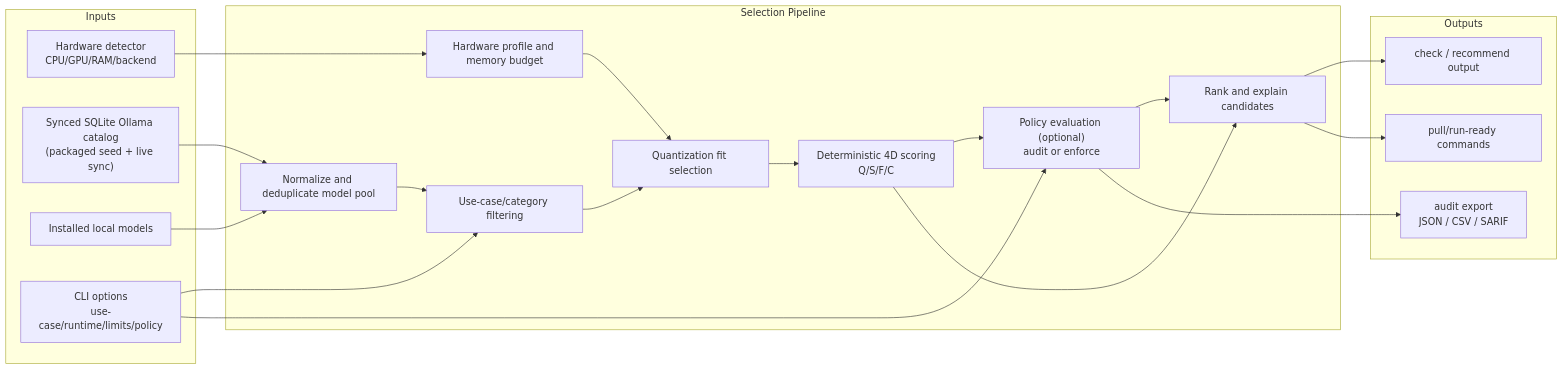
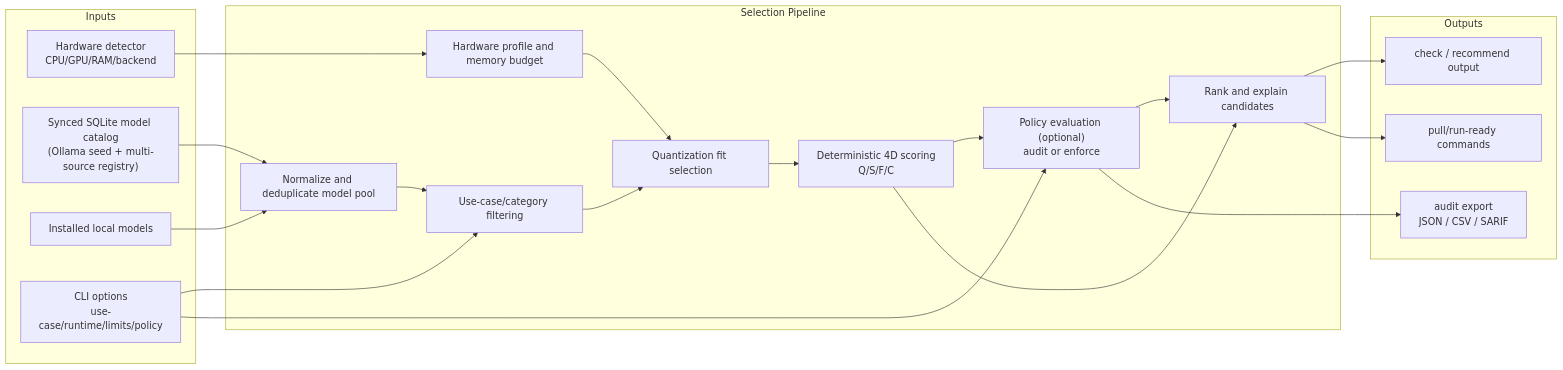
The diagram in README.md (signerless/llm-checker), drawn with Mermaid before and after one commit. The commit also changed other lines of this file and 17 other files, not shown here.

Commit message:
Add multi-source model registry

````diff
--- a/README.md
+++ b/README.md
@@ -835,41 +841,41 @@
 ```mermaid
 flowchart LR
   subgraph Inputs
     HW["Hardware detector<br/>CPU/GPU/RAM/backend"]
-    REG["Synced SQLite Ollama catalog<br/>(packaged seed + live sync)"]
+    REG["Synced SQLite model catalog<br/>(Ollama seed + multi-source registry)"]
     LOCAL["Installed local models"]
     FLAGS["CLI options<br/>use-case/runtime/limits/policy"]
   end
 
   subgraph Pipeline["Selection Pipeline"]
     NORMALIZE["Normalize and deduplicate model pool"]
     PROFILE["Hardware profile and memory budget"]
     FILTER["Use-case/category filtering"]
     QUANT["Quantization fit selection"]
     SCORE["Deterministic 4D scoring<br/>Q/S/F/C"]
     POLICY["Policy evaluation (optional)<br/>audit or enforce"]
     RANK["Rank and explain candidates"]
   end
 
   subgraph Outputs
     REC["check / recommend output"]
     AUDIT["audit export<br/>JSON / CSV / SARIF"]
     RUN["pull/run-ready commands"]
   end
 
   REG --> NORMALIZE
   LOCAL --> NORMALIZE
   HW --> PROFILE
   FLAGS --> FILTER
   FLAGS --> POLICY
   NORMALIZE --> FILTER
   PROFILE --> QUANT
   FILTER --> QUANT
   QUANT --> SCORE
   SCORE --> POLICY
   SCORE --> RANK
   POLICY --> RANK
   RANK --> REC
   POLICY --> AUDIT
   RANK --> RUN
 ```
````
